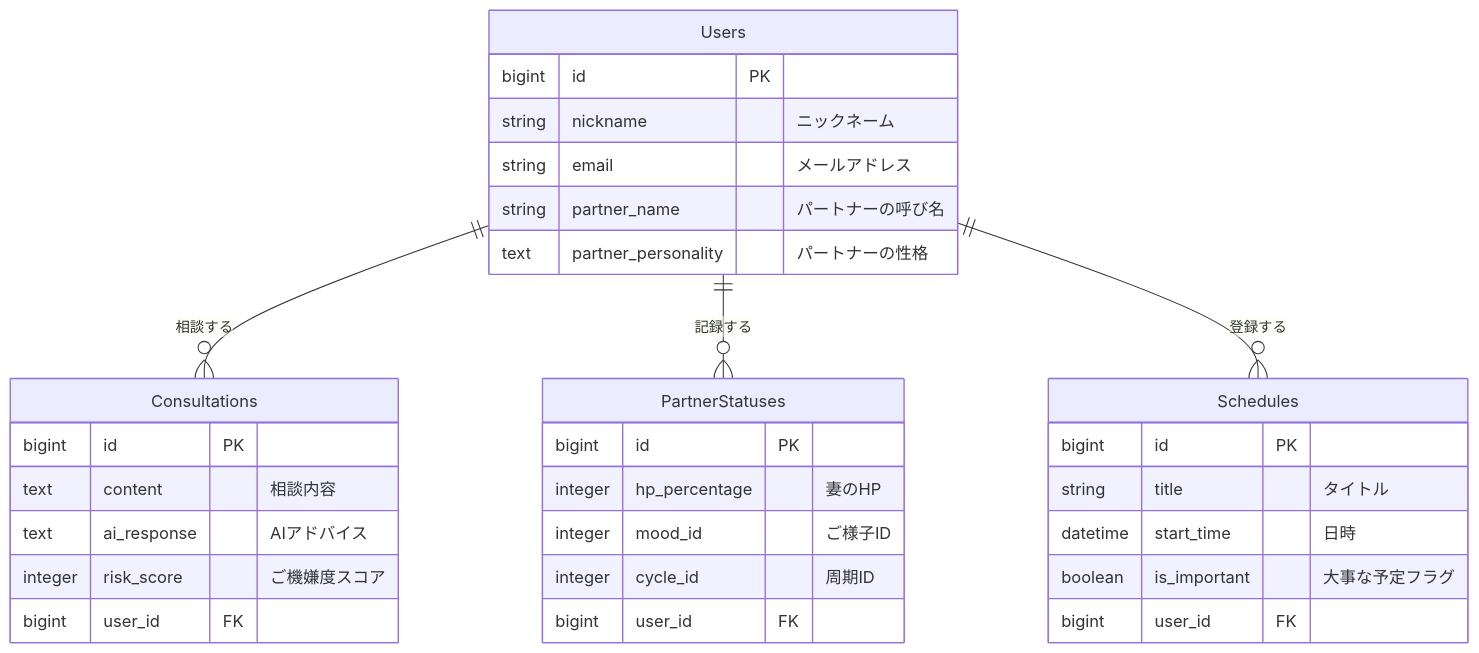
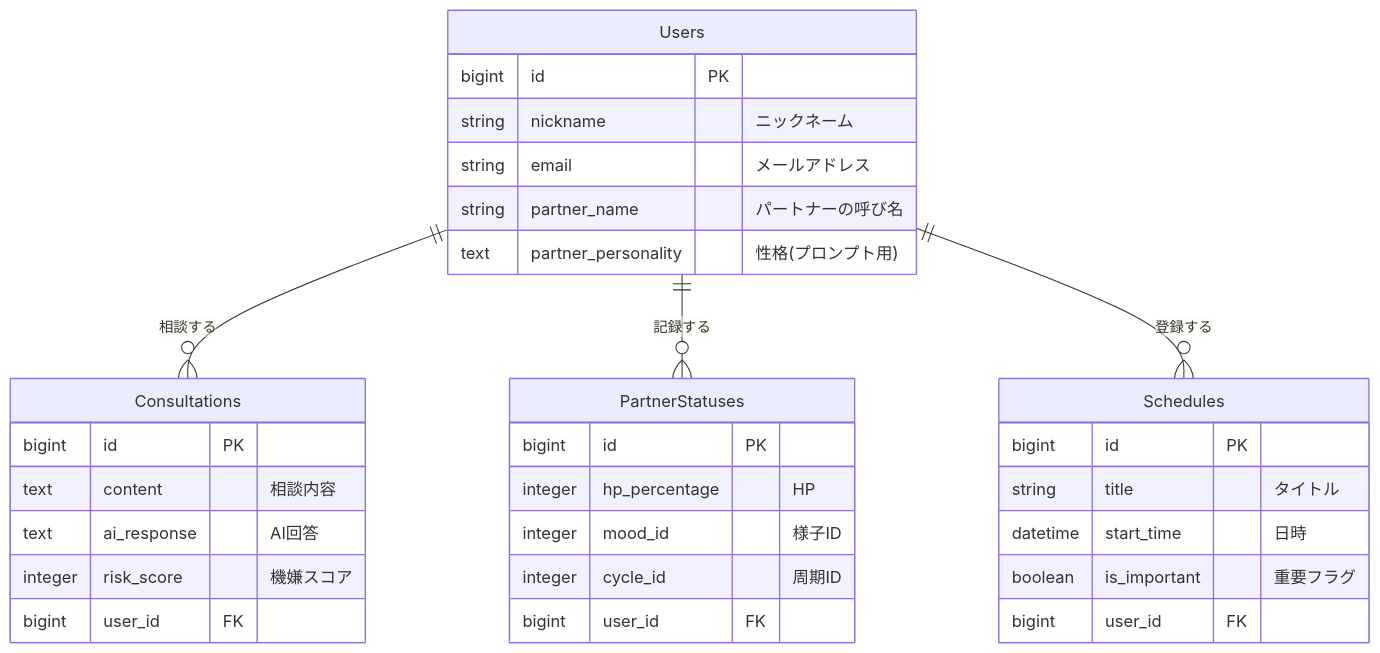
The first of 2 diagrams in README.md (han-techtech1020/meoto_log), drawn with Mermaid before and after one commit. The commit also changed other lines of this file, not shown here.

````diff
--- a/README.md
+++ b/README.md
@@ -119,38 +86,38 @@
 ```mermaid
 erDiagram
     Users ||--o{ Consultations : "相談する"
     Users ||--o{ PartnerStatuses : "記録する"
     Users ||--o{ Schedules : "登録する"
 
     Users {
         bigint id PK
         string nickname "ニックネーム"
         string email "メールアドレス"
         string partner_name "パートナーの呼び名"
-        text partner_personality "パートナーの性格"
+        text partner_personality "性格(プロンプト用)"
     }
 
     Consultations {
         bigint id PK
         text content "相談内容"
-        text ai_response "AIアドバイス"
-        integer risk_score "ご機嫌度スコア"
+        text ai_response "AI回答"
+        integer risk_score "機嫌スコア"
         bigint user_id FK
     }
 
     PartnerStatuses {
         bigint id PK
-        integer hp_percentage "妻のHP"
-        integer mood_id "ご様子ID"
+        integer hp_percentage "HP"
+        integer mood_id "様子ID"
         integer cycle_id "周期ID"
         bigint user_id FK
     }
 
     Schedules {
         bigint id PK
         string title "タイトル"
         datetime start_time "日時"
-        boolean is_important "大事な予定フラグ"
+        boolean is_important "重要フラグ"
         bigint user_id FK
     }
 ```
````
